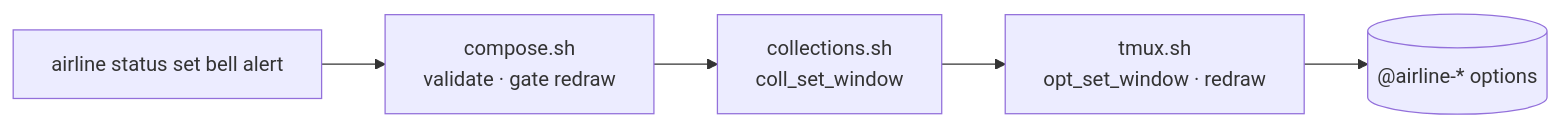
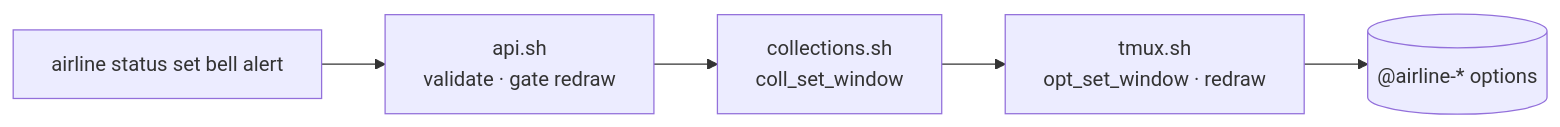
One commit to andrewjstryker/tmux-airline changed the second of 3 diagrams in DESIGN.md. Above: the diagram before and after it, drawn with Mermaid. The commit also changed other lines of this file and 6 other files, not shown here.

````diff
--- a/DESIGN.md
+++ b/DESIGN.md
@@ -109,7 +113,7 @@
 ```mermaid
 graph LR
-    A["airline status set bell alert"] --> B["compose.sh<br/>validate · gate redraw"]
+    A["airline status set bell alert"] --> B["api.sh<br/>validate · gate redraw"]
     B --> RS["collections.sh<br/>coll_set_window"]
     RS --> C["tmux.sh<br/>opt_set_window · redraw"]
     C --> D[("@airline-* options")]
 ```
````
